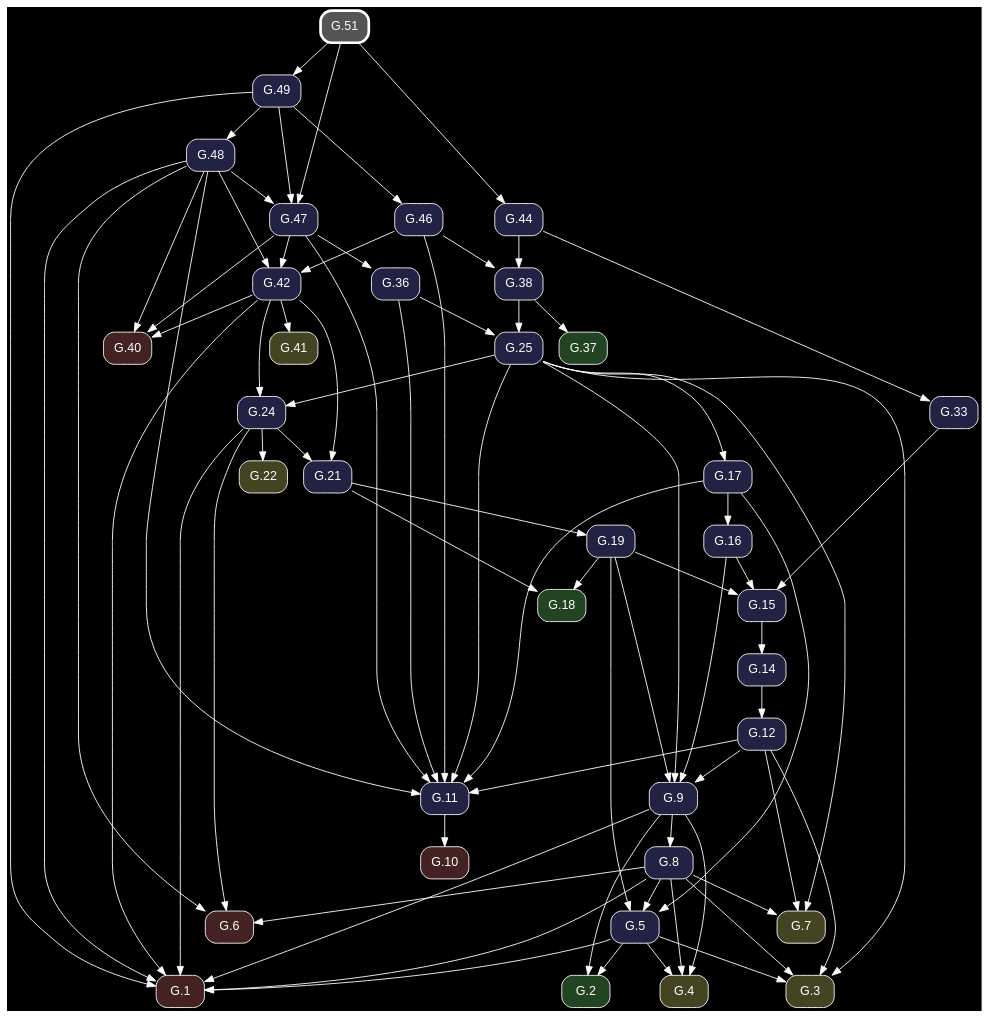
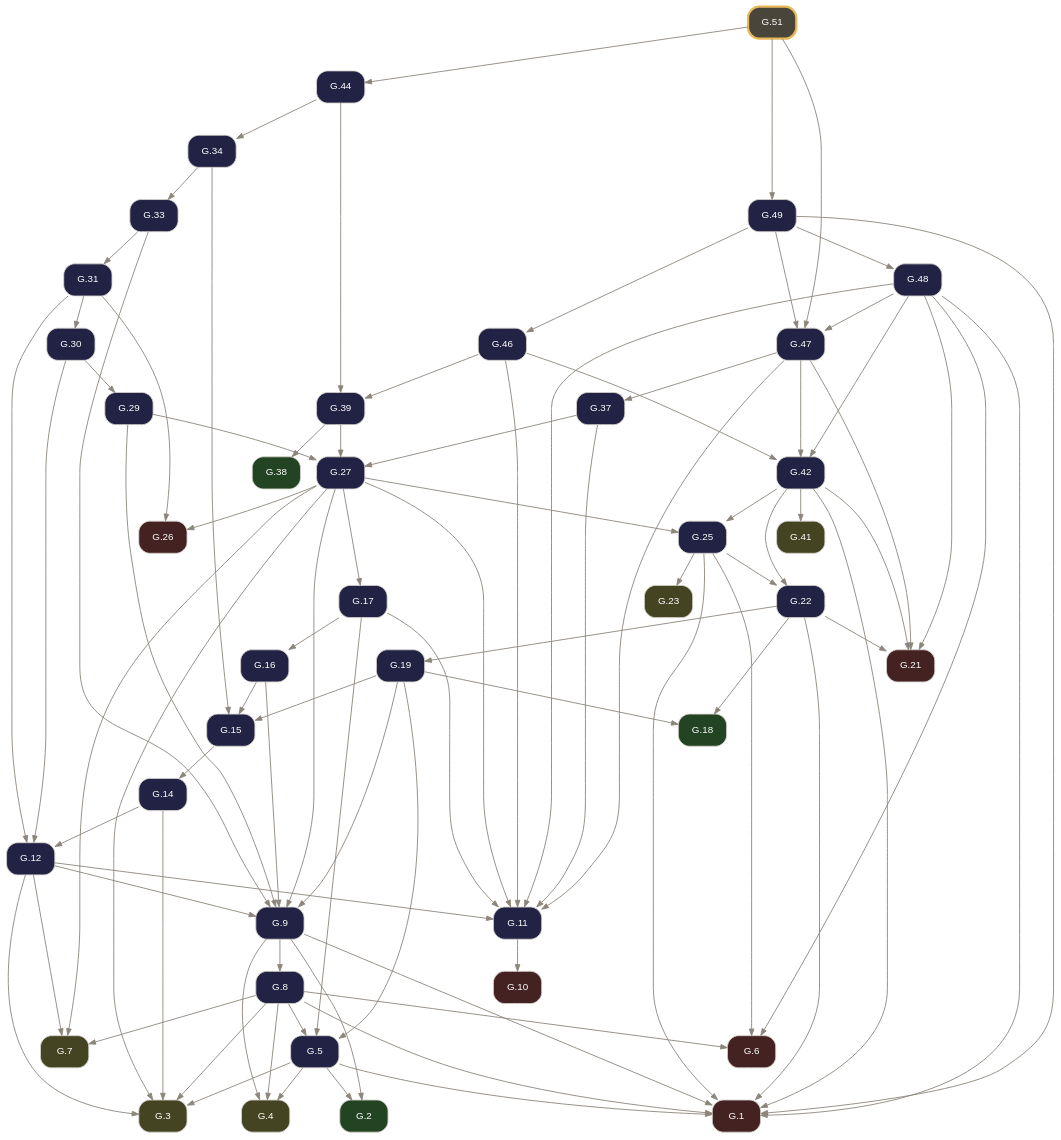
The diagram in docsrc/elements2/G.51/index.rst (geometor/elements), drawn with Graphviz before and after one commit. The commit also changed other lines of this file and 261 other files, not shown here.

Commit message:
feat: rebuild Elements 2.0 G-Index pipeline from composed Euclid Heath edition (v0.3.0)

```diff
--- a/docsrc/elements2/G.51/index.rst
+++ b/docsrc/elements2/G.51/index.rst
@@ -46,117 +61,136 @@
 .. graphviz::
 
    digraph {
-     bgcolor="black";
-     node [shape=box, style="rounded,filled", fontname="Helvetica", color="white", fontcolor="white"];
-     edge [color="white", fontcolor="white"];
+     bgcolor="transparent";
+     node [shape=box, style="rounded,filled", fontname="Helvetica", fontsize=11, color="#d6d3cd", fontcolor="#ffffff"];
+     edge [color="#8c857b", fontcolor="#8c857b", arrowsize=0.75];
      rankdir="TB";
-     "G.19" [label="G.19", fillcolor="#222244", URL="/elements2/G.19/", target="_top"];
-     "G.46" [label="G.46", fillcolor="#222244", URL="/elements2/G.46/", target="_top"];
-     "G.21" [label="G.21", fillcolor="#222244", URL="/elements2/G.21/", target="_top"];
-     "G.24" [label="G.24", fillcolor="#222244", URL="/elements2/G.24/", target="_top"];
-     "G.10" [label="G.10", fillcolor="#442222", URL="/elements2/G.10/", target="_top"];
-     "G.42" [label="G.42", fillcolor="#222244", URL="/elements2/G.42/", target="_top"];
-     "G.17" [label="G.17", fillcolor="#222244", URL="/elements2/G.17/", target="_top"];
-     "G.15" [label="G.15", fillcolor="#222244", URL="/elements2/G.15/", target="_top"];
-     "G.3" [label="G.3", fillcolor="#444422", URL="/elements2/G.3/", target="_top"];
-     "G.5" [label="G.5", fillcolor="#222244", URL="/elements2/G.5/", target="_top"];
-     "G.1" [label="G.1", fillcolor="#442222", URL="/elements2/G.1/", target="_top"];
-     "G.2" [label="G.2", fillcolor="#224422", URL="/elements2/G.2/", target="_top"];
-     "G.12" [label="G.12", fillcolor="#222244", URL="/elements2/G.12/", target="_top"];
-     "G.22" [label="G.22", fillcolor="#444422", URL="/elements2/G.22/", target="_top"];
-     "G.8" [label="G.8", fillcolor="#222244", URL="/elements2/G.8/", target="_top"];
-     "G.25" [label="G.25", fillcolor="#222244", URL="/elements2/G.25/", target="_top"];
-     "G.49" [label="G.49", fillcolor="#222244", URL="/elements2/G.49/", target="_top"];
-     "G.18" [label="G.18", fillcolor="#224422", URL="/elements2/G.18/", target="_top"];
-     "G.40" [label="G.40", fillcolor="#442222", URL="/elements2/G.40/", target="_top"];
-     "G.4" [label="G.4", fillcolor="#444422", URL="/elements2/G.4/", target="_top"];
-     "G.16" [label="G.16", fillcolor="#222244", URL="/elements2/G.16/", target="_top"];
-     "G.6" [label="G.6", fillcolor="#442222", URL="/elements2/G.6/", target="_top"];
-     "G.38" [label="G.38", fillcolor="#222244", URL="/elements2/G.38/", target="_top"];
-     "G.48" [label="G.48", fillcolor="#222244", URL="/elements2/G.48/", target="_top"];
-     "G.7" [label="G.7", fillcolor="#444422", URL="/elements2/G.7/", target="_top"];
-     "G.41" [label="G.41", fillcolor="#444422", URL="/elements2/G.41/", target="_top"];
-     "G.51" [label="G.51", penwidth=3, color="white", fillcolor="#555555", URL="/elements2/G.51/", target="_top"];
-     "G.14" [label="G.14", fillcolor="#222244", URL="/elements2/G.14/", target="_top"];
-     "G.36" [label="G.36", fillcolor="#222244", URL="/elements2/G.36/", target="_top"];
-     "G.9" [label="G.9", fillcolor="#222244", URL="/elements2/G.9/", target="_top"];
-     "G.37" [label="G.37", fillcolor="#224422", URL="/elements2/G.37/", target="_top"];
-     "G.11" [label="G.11", fillcolor="#222244", URL="/elements2/G.11/", target="_top"];
-     "G.44" [label="G.44", fillcolor="#222244", URL="/elements2/G.44/", target="_top"];
-     "G.33" [label="G.33", fillcolor="#222244", URL="/elements2/G.33/", target="_top"];
-     "G.47" [label="G.47", fillcolor="#222244", URL="/elements2/G.47/", target="_top"];
-     "G.21" -> "G.19";
-     "G.49" -> "G.46";
-     "G.24" -> "G.21";
-     "G.42" -> "G.21";
-     "G.25" -> "G.24";
-     "G.42" -> "G.24";
-     "G.11" -> "G.10";
-     "G.47" -> "G.42";
-     "G.46" -> "G.42";
-     "G.48" -> "G.42";
-     "G.25" -> "G.17";
-     "G.19" -> "G.15";
-     "G.16" -> "G.15";
-     "G.33" -> "G.15";
+     "G.1" [label="G.1", tooltip="G.1 (I.cn.1)", fillcolor="#442222", URL="../G.1/index.html", target="_top"];
+     "G.2" [label="G.2", tooltip="G.2 (I.def.15)", fillcolor="#224422", URL="../G.2/index.html", target="_top"];
+     "G.3" [label="G.3", tooltip="G.3 (I.post.1)", fillcolor="#444422", URL="../G.3/index.html", target="_top"];
+     "G.4" [label="G.4", tooltip="G.4 (I.post.3)", fillcolor="#444422", URL="../G.4/index.html", target="_top"];
+     "G.5" [label="G.5", tooltip="G.5 (I.1)", fillcolor="#222244", URL="../G.5/index.html", target="_top"];
+     "G.6" [label="G.6", tooltip="G.6 (I.cn.3)", fillcolor="#442222", URL="../G.6/index.html", target="_top"];
+     "G.7" [label="G.7", tooltip="G.7 (I.post.2)", fillcolor="#444422", URL="../G.7/index.html", target="_top"];
+     "G.8" [label="G.8", tooltip="G.8 (I.2)", fillcolor="#222244", URL="../G.8/index.html", target="_top"];
+     "G.9" [label="G.9", tooltip="G.9 (I.3)", fillcolor="#222244", URL="../G.9/index.html", target="_top"];
+     "G.10" [label="G.10", tooltip="G.10 (I.cn.4)", fillcolor="#442222", URL="../G.10/index.html", target="_top"];
+     "G.11" [label="G.11", tooltip="G.11 (I.4)", fillcolor="#222244", URL="../G.11/index.html", target="_top"];
+     "G.12" [label="G.12", tooltip="G.12 (I.5)", fillcolor="#222244", URL="../G.12/index.html", target="_top"];
+     "G.14" [label="G.14", tooltip="G.14 (I.7)", fillcolor="#222244", URL="../G.14/index.html", target="_top"];
+     "G.15" [label="G.15", tooltip="G.15 (I.8)", fillcolor="#222244", URL="../G.15/index.html", target="_top"];
+     "G.16" [label="G.16", tooltip="G.16 (I.9)", fillcolor="#222244", URL="../G.16/index.html", target="_top"];
+     "G.17" [label="G.17", tooltip="G.17 (I.10)", fillcolor="#222244", URL="../G.17/index.html", target="_top"];
+     "G.18" [label="G.18", tooltip="G.18 (I.def.10)", fillcolor="#224422", URL="../G.18/index.html", target="_top"];
+     "G.19" [label="G.19", tooltip="G.19 (I.11)", fillcolor="#222244", URL="../G.19/index.html", target="_top"];
+     "G.21" [label="G.21", tooltip="G.21 (I.cn.2)", fillcolor="#442222", URL="../G.21/index.html", target="_top"];
+     "G.22" [label="G.22", tooltip="G.22 (I.13)", fillcolor="#222244", URL="../G.22/index.html", target="_top"];
+     "G.23" [label="G.23", tooltip="G.23 (I.post.4)", fillcolor="#444422", URL="../G.23/index.html", target="_top"];
+     "G.25" [label="G.25", tooltip="G.25 (I.15)", fillcolor="#222244", URL="../G.25/index.html", target="_top"];
+     "G.26" [label="G.26", tooltip="G.26 (I.cn.5)", fillcolor="#442222", URL="../G.26/index.html", target="_top"];
+     "G.27" [label="G.27", tooltip="G.27 (I.16)", fillcolor="#222244", URL="../G.27/index.html", target="_top"];
+     "G.29" [label="G.29", tooltip="G.29 (I.18)", fillcolor="#222244", URL="../G.29/index.html", target="_top"];
+     "G.30" [label="G.30", tooltip="G.30 (I.19)", fillcolor="#222244", URL="../G.30/index.html", target="_top"];
+     "G.31" [label="G.31", tooltip="G.31 (I.20)", fillcolor="#222244", URL="../G.31/index.html", target="_top"];
+     "G.33" [label="G.33", tooltip="G.33 (I.22)", fillcolor="#222244", URL="../G.33/index.html", target="_top"];
+     "G.34" [label="G.34", tooltip="G.34 (I.23)", fillcolor="#222244", URL="../G.34/index.html", target="_top"];
+     "G.37" [label="G.37", tooltip="G.37 (I.26)", fillcolor="#222244", URL="../G.37/index.html", target="_top"];
+     "G.38" [label="G.38", tooltip="G.38 (I.def.23)", fillcolor="#224422", URL="../G.38/index.html", target="_top"];
+     "G.39" [label="G.39", tooltip="G.39 (I.27)", fillcolor="#222244", URL="../G.39/index.html", target="_top"];
+     "G.41" [label="G.41", tooltip="G.41 (I.post.5)", fillcolor="#444422", URL="../G.41/index.html", target="_top"];
+     "G.42" [label="G.42", tooltip="G.42 (I.29)", fillcolor="#222244", URL="../G.42/index.html", target="_top"];
+     "G.44" [label="G.44", tooltip="G.44 (I.31)", fillcolor="#222244", URL="../G.44/index.html", target="_top"];
+     "G.46" [label="G.46", tooltip="G.46 (I.33)", fillcolor="#222244", URL="../G.46/index.html", target="_top"];
+     "G.47" [label="G.47", tooltip="G.47 (I.34)", fillcolor="#222244", URL="../G.47/index.html", target="_top"];
+     "G.48" [label="G.48", tooltip="G.48 (I.35)", fillcolor="#222244", URL="../G.48/index.html", target="_top"];
+     "G.49" [label="G.49", tooltip="G.49 (I.36)", fillcolor="#222244", URL="../G.49/index.html", target="_top"];
+     "G.51" [label="G.51", tooltip="G.51 (I.38)", penwidth=2.5, color="#e8b85a", fillcolor="#4a453b", URL="index.html", target="_top"];
+     "G.5" -> "G.1";
+     "G.8" -> "G.1";
+     "G.9" -> "G.1";
+     "G.22" -> "G.1";
+     "G.25" -> "G.1";
+     "G.42" -> "G.1";
+     "G.48" -> "G.1";
+     "G.49" -> "G.1";
+     "G.5" -> "G.2";
+     "G.9" -> "G.2";
      "G.5" -> "G.3";
-     "G.25" -> "G.3";
      "G.8" -> "G.3";
      "G.12" -> "G.3";
-     "G.19" -> "G.5";
-     "G.8" -> "G.5";
-     "G.17" -> "G.5";
-     "G.5" -> "G.1";
-     "G.24" -> "G.1";
-     "G.49" -> "G.1";
-     "G.48" -> "G.1";
-     "G.8" -> "G.1";
-     "G.42" -> "G.1";
-     "G.9" -> "G.1";
-     "G.5" -> "G.2";
-     "G.9" -> "G.2";
-     "G.14" -> "G.12";
-     "G.24" -> "G.22";
-     "G.9" -> "G.8";
-     "G.36" -> "G.25";
-     "G.38" -> "G.25";
-     "G.51" -> "G.49";
-     "G.19" -> "G.18";
-     "G.21" -> "G.18";
-     "G.47" -> "G.40";
-     "G.48" -> "G.40";
-     "G.42" -> "G.40";
+     "G.14" -> "G.3";
+     "G.27" -> "G.3";
      "G.5" -> "G.4";
      "G.8" -> "G.4";
      "G.9" -> "G.4";
-     "G.17" -> "G.16";
-     "G.24" -> "G.6";
+     "G.8" -> "G.5";
+     "G.17" -> "G.5";
+     "G.19" -> "G.5";
+     "G.8" -> "G.6";
+     "G.25" -> "G.6";
      "G.48" -> "G.6";
-     "G.8" -> "G.6";
-     "G.46" -> "G.38";
-     "G.44" -> "G.38";
-     "G.49" -> "G.48";
-     "G.25" -> "G.7";
      "G.8" -> "G.7";
      "G.12" -> "G.7";
+     "G.27" -> "G.7";
+     "G.9" -> "G.8";
+     "G.12" -> "G.9";
+     "G.16" -> "G.9";
+     "G.19" -> "G.9";
+     "G.27" -> "G.9";
+     "G.29" -> "G.9";
+     "G.33" -> "G.9";
+     "G.11" -> "G.10";
+     "G.12" -> "G.11";
+     "G.17" -> "G.11";
+     "G.27" -> "G.11";
+     "G.37" -> "G.11";
+     "G.46" -> "G.11";
+     "G.47" -> "G.11";
+     "G.48" -> "G.11";
+     "G.14" -> "G.12";
+     "G.30" -> "G.12";
+     "G.31" -> "G.12";
+     "G.15" -> "G.14";
+     "G.16" -> "G.15";
+     "G.19" -> "G.15";
+     "G.34" -> "G.15";
+     "G.17" -> "G.16";
+     "G.27" -> "G.17";
+     "G.19" -> "G.18";
+     "G.22" -> "G.18";
+     "G.22" -> "G.19";
+     "G.22" -> "G.21";
+     "G.42" -> "G.21";
+     "G.47" -> "G.21";
+     "G.48" -> "G.21";
+     "G.25" -> "G.22";
+     "G.42" -> "G.22";
+     "G.25" -> "G.23";
+     "G.27" -> "G.25";
+     "G.42" -> "G.25";
+     "G.27" -> "G.26";
+     "G.31" -> "G.26";
+     "G.29" -> "G.27";
+     "G.37" -> "G.27";
+     "G.39" -> "G.27";
+     "G.30" -> "G.29";
+     "G.31" -> "G.30";
+     "G.33" -> "G.31";
+     "G.34" -> "G.33";
+     "G.44" -> "G.34";
+     "G.47" -> "G.37";
+     "G.39" -> "G.38";
+     "G.44" -> "G.39";
+     "G.46" -> "G.39";
      "G.42" -> "G.41";
-     "G.15" -> "G.14";
-     "G.47" -> "G.36";
-     "G.19" -> "G.9";
-     "G.25" -> "G.9";
-     "G.16" -> "G.9";
-     "G.12" -> "G.9";
-     "G.38" -> "G.37";
-     "G.36" -> "G.11";
-     "G.47" -> "G.11";
-     "G.46" -> "G.11";
-     "G.48" -> "G.11";
-     "G.25" -> "G.11";
-     "G.17" -> "G.11";
-     "G.12" -> "G.11";
+     "G.46" -> "G.42";
+     "G.47" -> "G.42";
+     "G.48" -> "G.42";
      "G.51" -> "G.44";
-     "G.44" -> "G.33";
+     "G.49" -> "G.46";
+     "G.48" -> "G.47";
      "G.49" -> "G.47";
-     "G.48" -> "G.47";
      "G.51" -> "G.47";
+     "G.49" -> "G.48";
+     "G.51" -> "G.49";
    }
```
